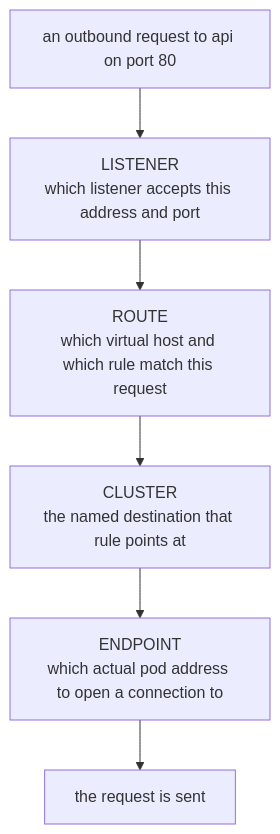
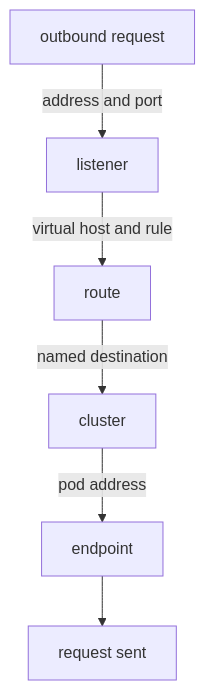
The second of 2 diagrams in sections/section-000/module-01/course-02-how-the-proxy-gets-its-configuration.md (astrona-io/ATS014), drawn with Mermaid before and after one commit. The commit also changed other lines of this file and 444 other files, not shown here.

````diff
--- a/sections/section-000/module-01/course-02-how-the-proxy-gets-its-configuration.md
+++ b/sections/section-000/module-01/course-02-how-the-proxy-gets-its-configuration.md
@@ -89,8 +87,8 @@
 ```mermaid
-flowchart TD
-    Q["an outbound request to api on port 80"] --> L["LISTENER<br/>which listener accepts this address and port"]
-    L --> R["ROUTE<br/>which virtual host and which rule match this request"]
-    R --> C["CLUSTER<br/>the named destination that rule points at"]
-    C --> E["ENDPOINT<br/>which actual pod address to open a connection to"]
-    E --> S["the request is sent"]
+flowchart TB
+    Q["outbound request"] -->|"address and port"| L["listener"]
+    L -->|"virtual host and rule"| R["route"]
+    R -->|"named destination"| C["cluster"]
+    C -->|"pod address"| E["endpoint"]
+    E --> S["request sent"]
 ```
````
